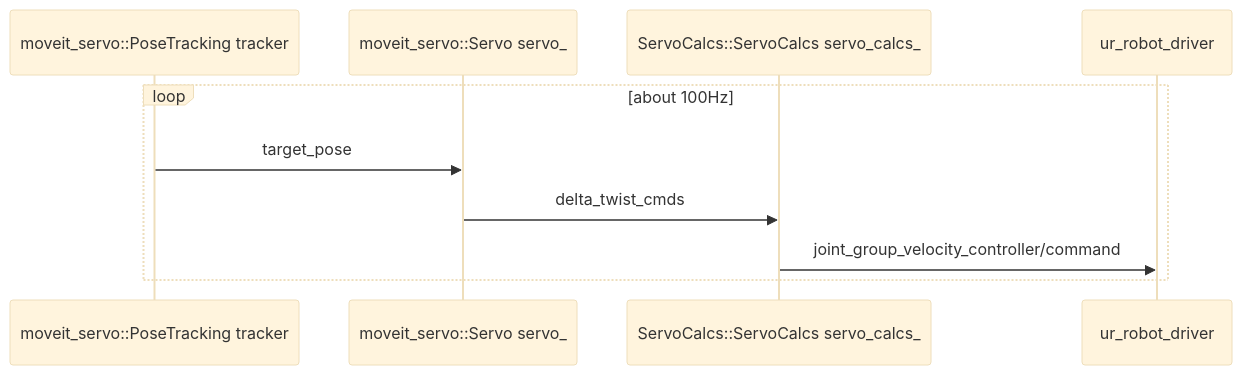
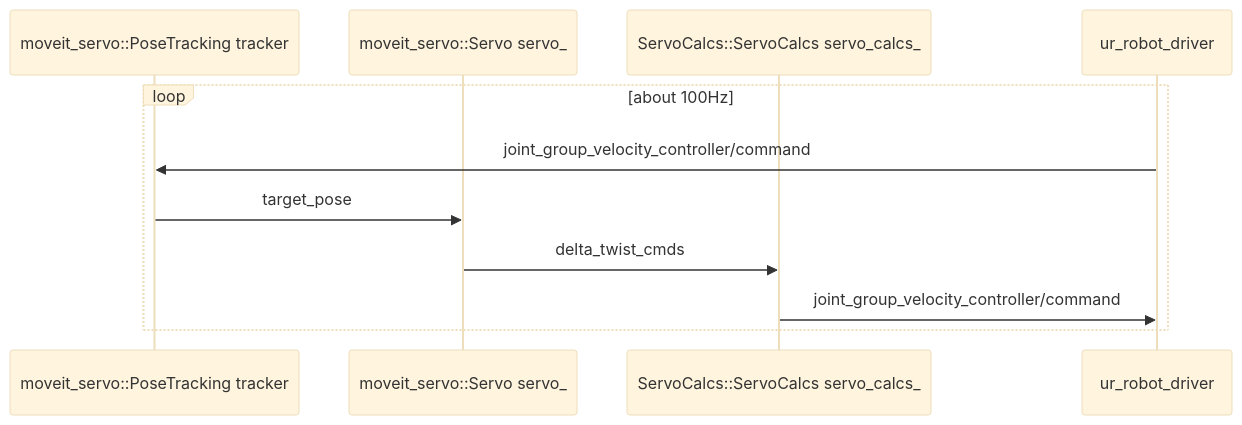
One commit to kemjensak/isaac_sim_tutorial changed the first of 2 diagrams in docs/day3-4.md. Above: the diagram before and after it, drawn with Mermaid (base theme). The commit also changed other lines of this file, not shown here.

Commit message:
docs/day3-4.md updated from https://stackedit.io/

````diff
--- a/docs/day3-4.md
+++ b/docs/day3-4.md
@@ -121,12 +121,14 @@
 ```mermaid 
 sequenceDiagram 
 	 participant A as moveit_servo::PoseTracking tracker
 	 participant B as moveit_servo::Servo servo_ 
 	 participant C as ServoCalcs::ServoCalcs servo_calcs_  
 	 participant D as ur_robot_driver 
 	 loop about 100Hz
+	 D->>A: joint_group_velocity_controller/command
 	 A->>B: target_pose
 	 B->>C: delta_twist_cmds
 	 C->>D: joint_group_velocity_controller/command
+	 
 	 end
 ```
````
